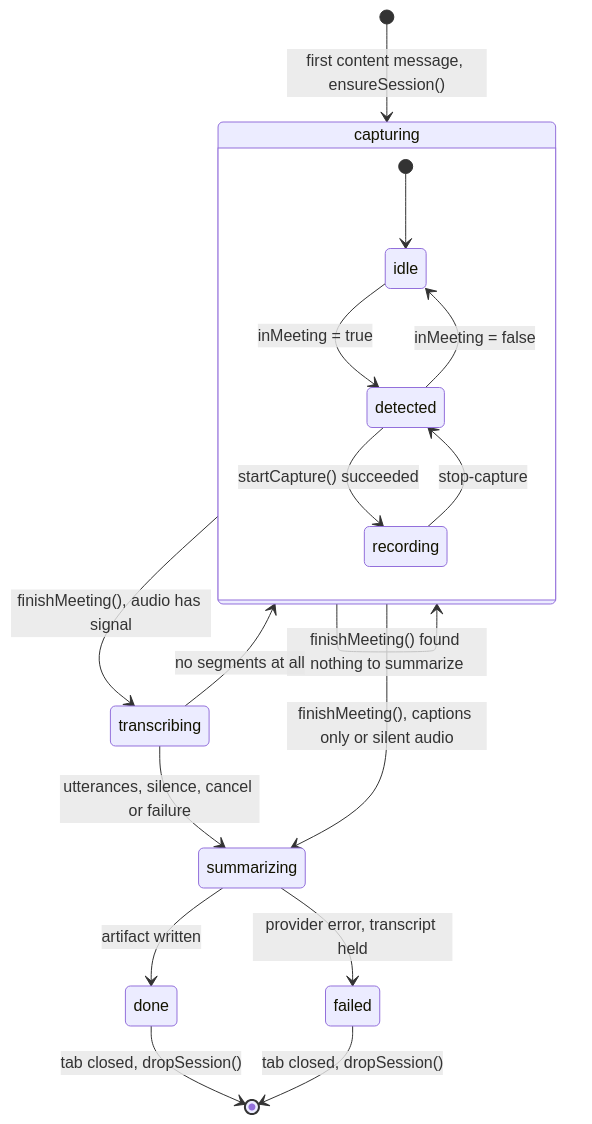
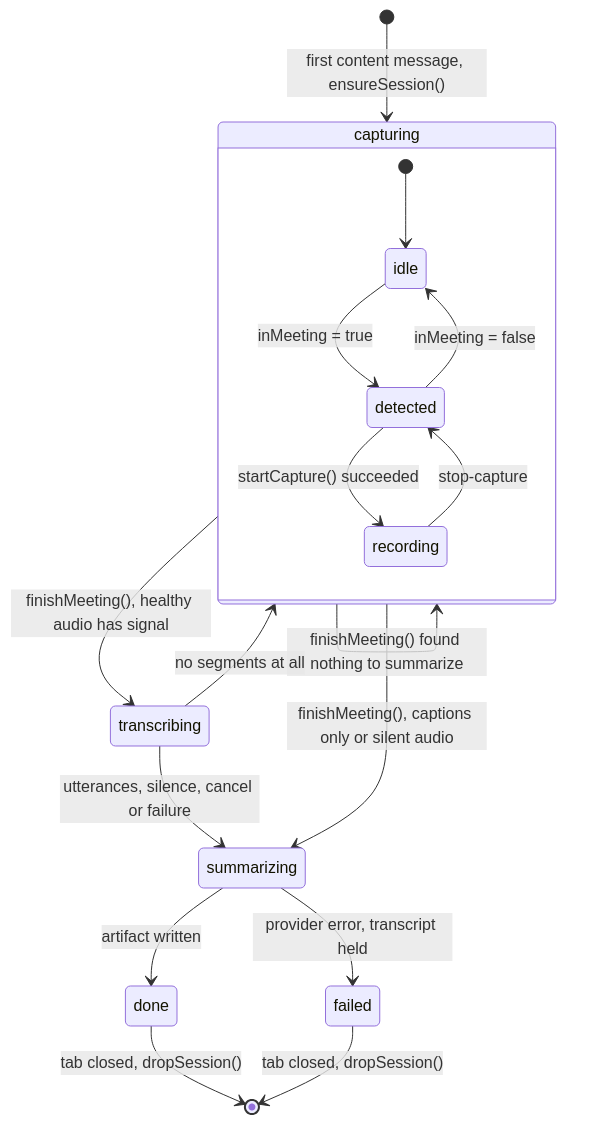
Before and after one commit to dominic676767/meeting-summarizer: the fifth of 11 diagrams in docs/ARCHITECTURE.md, drawn with Mermaid. The commit also changed other lines of this file and 54 other files, not shown here.

````diff
--- a/docs/ARCHITECTURE.md
+++ b/docs/ARCHITECTURE.md
@@ -272,22 +298,22 @@
 ```mermaid
 stateDiagram-v2
     [*] --> capturing: first content message, ensureSession()
 
     state capturing {
         [*] --> idle
         idle --> detected: inMeeting = true
         detected --> recording: startCapture() succeeded
         recording --> detected: stop-capture
         detected --> idle: inMeeting = false
     }
 
-    capturing --> transcribing: finishMeeting(), audio has signal
+    capturing --> transcribing: finishMeeting(), healthy audio has signal
     capturing --> summarizing: finishMeeting(), captions only or silent audio
     capturing --> capturing: finishMeeting() found nothing to summarize
     transcribing --> summarizing: utterances, silence, cancel or failure
     transcribing --> capturing: no segments at all
     summarizing --> done: artifact written
     summarizing --> failed: provider error, transcript held
     done --> [*]: tab closed, dropSession()
     failed --> [*]: tab closed, dropSession()
 ```
````
